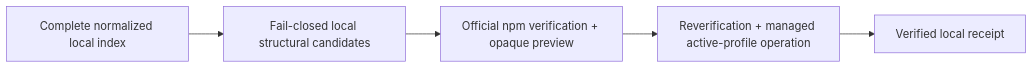
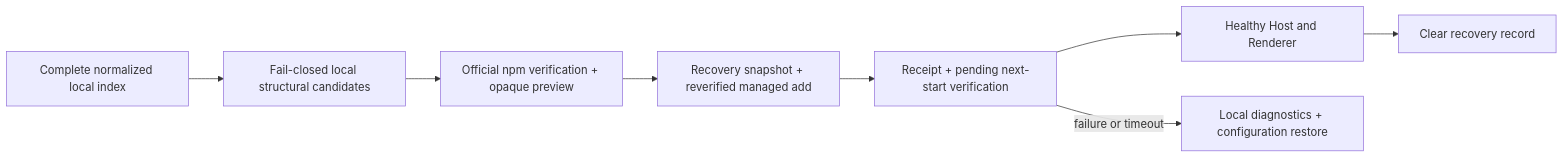
One commit to 976905690/deepseek-harness-desktop changed the diagram in dsh-community-market/docs/install-and-uninstall.md. Above: the diagram before and after it, drawn with Mermaid. The commit also changed other lines of this file and 11 other files, not shown here.

````diff
--- a/dsh-community-market/docs/install-and-uninstall.md
+++ b/dsh-community-market/docs/install-and-uninstall.md
@@ -88,7 +105,10 @@
 ```mermaid
 flowchart LR
     Scan["Complete normalized local index"] --> Candidate["Fail-closed local structural candidates"]
     Candidate --> Preview["Official npm verification + opaque preview"]
-    Preview --> Operation["Reverification + managed active-profile operation"]
-    Operation --> Receipt["Verified local receipt"]
+    Preview --> Operation["Recovery snapshot + reverified managed add"]
+    Operation --> Pending["Receipt + pending next-start verification"]
+    Pending --> Healthy["Healthy Host and Renderer"]
+    Healthy --> Commit["Clear recovery record"]
+    Pending -->|"failure or timeout"| Restore["Local diagnostics + configuration restore"]
 ```
````
